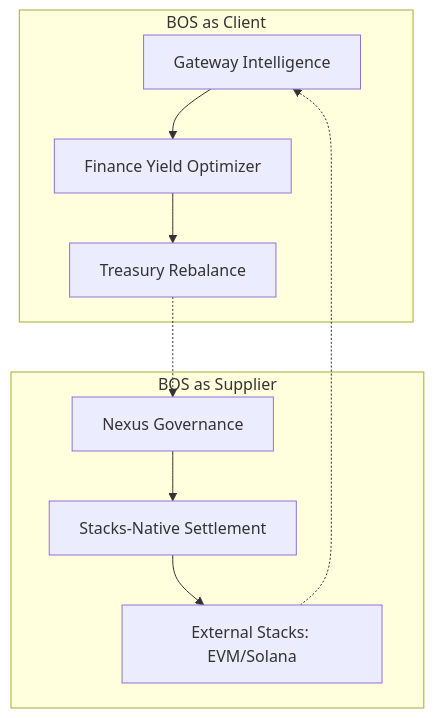
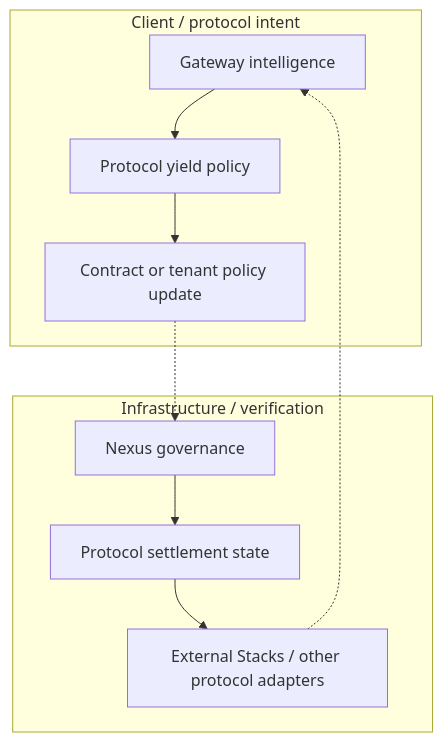
Before and after one commit to Conxian/conxian-business: the first of 2 diagrams in conxian-business/SERVICE_LOOP.md, drawn with Mermaid. The commit also changed other lines of this file and 92 other files, not shown here.

````diff
--- a/conxian-business/SERVICE_LOOP.md
+++ b/conxian-business/SERVICE_LOOP.md
@@ -4,15 +12,15 @@
 ```mermaid
 graph TD
-    subgraph BOS_CLIENT [BOS as Client]
-        A[Gateway Intelligence] --> B[Finance Yield Optimizer]
-        B --> C[Treasury Rebalance]
+    subgraph BOS_CLIENT [Client / protocol intent]
+        A[Gateway intelligence] --> B[Protocol yield policy]
+        B --> C[Contract or tenant policy update]
     end
 
-    subgraph BOS_SUPPLIER [BOS as Supplier]
-        D[Nexus Governance] --> E[Stacks-Native Settlement]
-        E --> F[External Stacks: EVM/Solana]
+    subgraph BOS_SUPPLIER [Infrastructure / verification]
+        D[Nexus governance] --> E[Protocol settlement state]
+        E --> F[External Stacks / other protocol adapters]
     end
 
     C -.-> D
     F -.-> A
 ```
````
